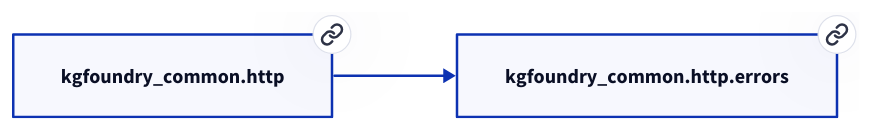
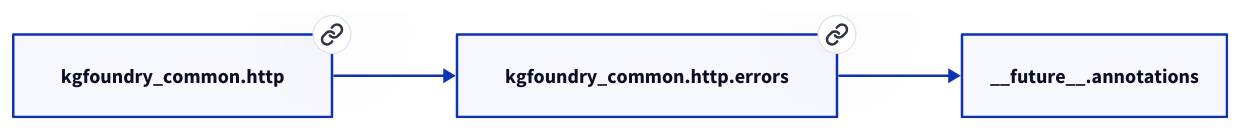
Before and after one commit to paul-heyse/kgforge: the second of 2 diagrams in docs/modules/kgfoundry_common/http/errors.md, drawn with D2. The commit also changed other lines of this file and 45 other files, not shown here.

````diff
--- a/docs/modules/kgfoundry_common/http/errors.md
+++ b/docs/modules/kgfoundry_common/http/errors.md
@@ -96,6 +102,8 @@
 ```d2
 direction: right
 "kgfoundry_common.http.errors": "kgfoundry_common.http.errors" { link: "https://github.com/paul-heyse/kgfoundry/blob/main/src/kgfoundry_common/http/errors.py" }
+"__future__.annotations": "__future__.annotations"
+"kgfoundry_common.http.errors" -> "__future__.annotations"
 "kgfoundry_common.http": "kgfoundry_common.http" { link: "https://github.com/paul-heyse/kgfoundry/blob/main/src/kgfoundry_common/http/__init__.py" }
 "kgfoundry_common.http" -> "kgfoundry_common.http.errors" { style: dashed }
 ```
````
